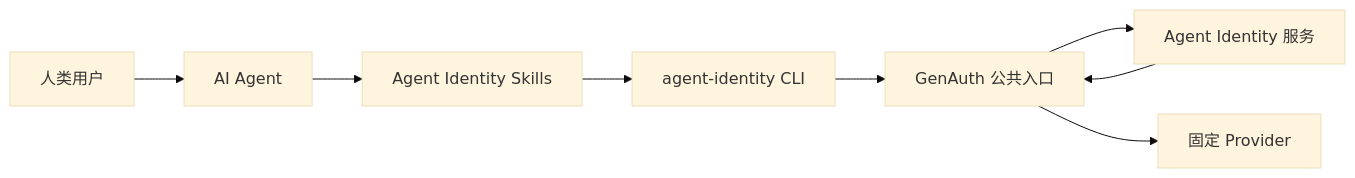
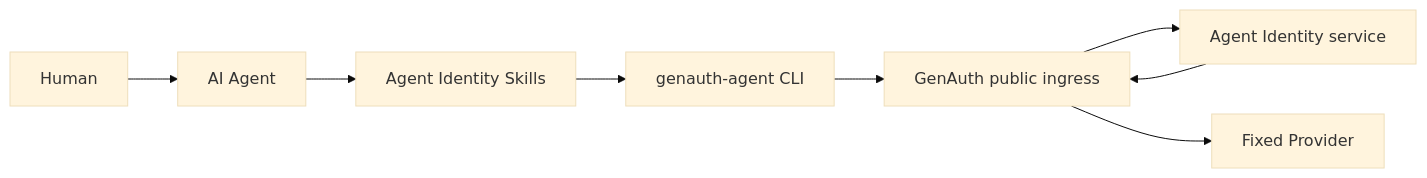
Before and after one commit to EazoAI/Genauth-Agent-Skill: the diagram in README.md, drawn with Mermaid (base theme). The commit also changed other lines of this file and 18 other files, not shown here.

````diff
--- a/README.md
+++ b/README.md
@@ -23,10 +31,10 @@
 ```mermaid
 flowchart LR
-    H[人类用户] --> A[AI Agent]
+    H[Human] --> A[AI Agent]
     A --> S[Agent Identity Skills]
-    S --> C[agent-identity CLI]
-    C --> G[GenAuth 公共入口]
-    G --> I[Agent Identity 服务]
+    S --> C[genauth-agent CLI]
+    C --> G[GenAuth public ingress]
+    G --> I[Agent Identity service]
     I --> G
-    G --> P[固定 Provider]
+    G --> P[Fixed Provider]
 ```
````
